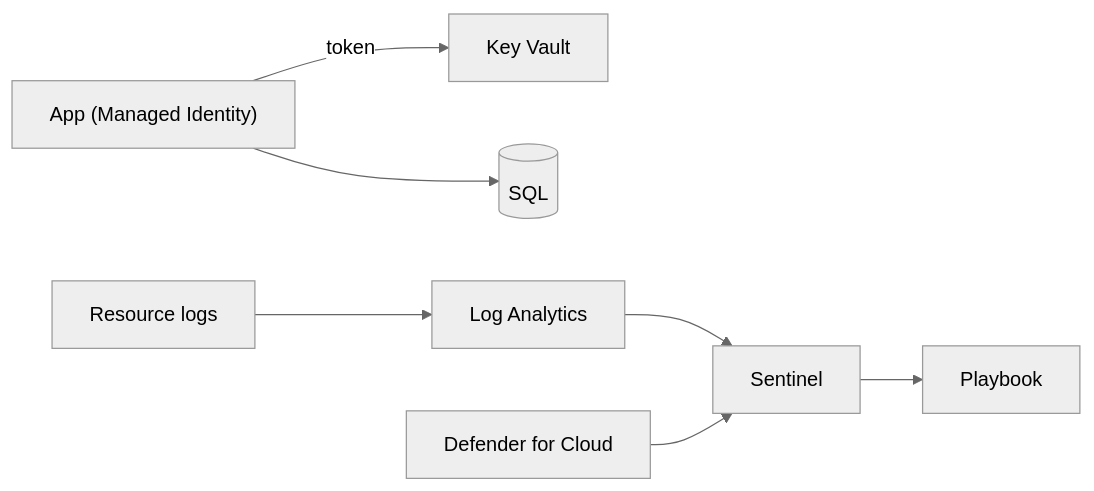
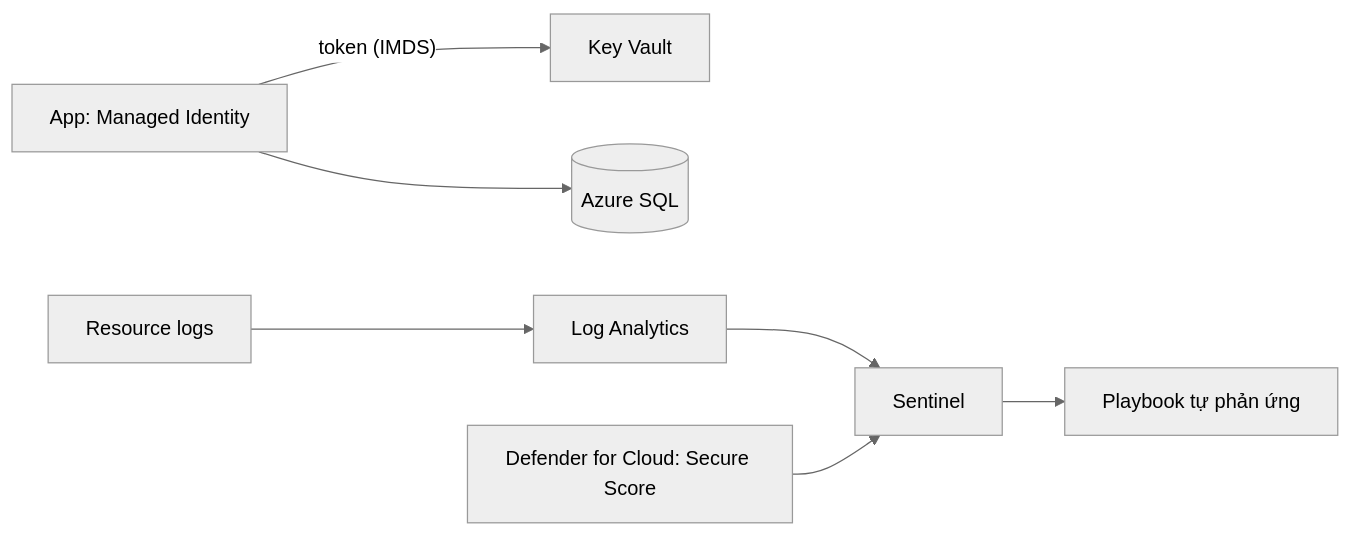
Before and after one commit to passion-Infinity/personal-tech-playbook: the diagram in src/assets/knowledge/playbooks/azure/azure-security-keyvault-defender.md, drawn with Mermaid (neutral theme). The commit also changed other lines of this file and 6 other files, not shown here.

First line of the commit message:
Deep-dive rewrite: Azure SQL/Cosmos, messaging, DevOps/Bicep, data platform, security, hybrid

````diff
--- a/src/assets/knowledge/playbooks/azure/azure-security-keyvault-defender.md
+++ b/src/assets/knowledge/playbooks/azure/azure-security-keyvault-defender.md
@@ -16,7 +33,7 @@
 ```mermaid
 flowchart LR
-    APP["App (Managed Identity)"] -->|token| KV["Key Vault"]
-    APP --> DB[(SQL)]
-    LOGS["Resource logs"] --> LA["Log Analytics"] --> SEN["Sentinel"] --> PB["Playbook"]
-    DC["Defender for Cloud"] --> SEN
+    APP["App: Managed Identity"] -->|"token (IMDS)"| KV["Key Vault"]
+    APP --> DB[("Azure SQL")]
+    RES["Resource logs"] --> LA["Log Analytics"] --> SEN["Sentinel"] --> PB["Playbook tự phản ứng"]
+    DFC["Defender for Cloud: Secure Score"] --> SEN
 ```
````
